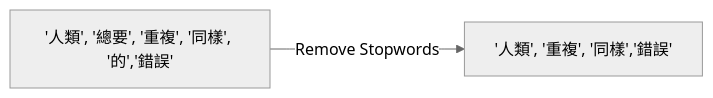
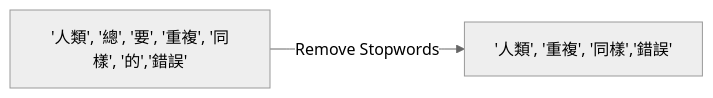
One commit to BennyWang4000/Medical-Text-Classification changed the third of 3 diagrams in README.md. Above: the diagram before and after it, drawn with Mermaid (neutral theme). The commit also changed other lines of this file and 2 other files, not shown here.

````diff
--- a/README.md
+++ b/README.md
@@ -180,4 +223,4 @@
 ``` mermaid
 graph LR
-re['人類', '總要', '重複', '同樣', '的','錯誤']-->|Remove Stopwords|rmstp['人類', '重複', '同樣','錯誤']  
+re['人類', '總', '要', '重複', '同樣', '的','錯誤']-->|Remove Stopwords|rmstp['人類', '重複', '同樣','錯誤']  
 ```
````
